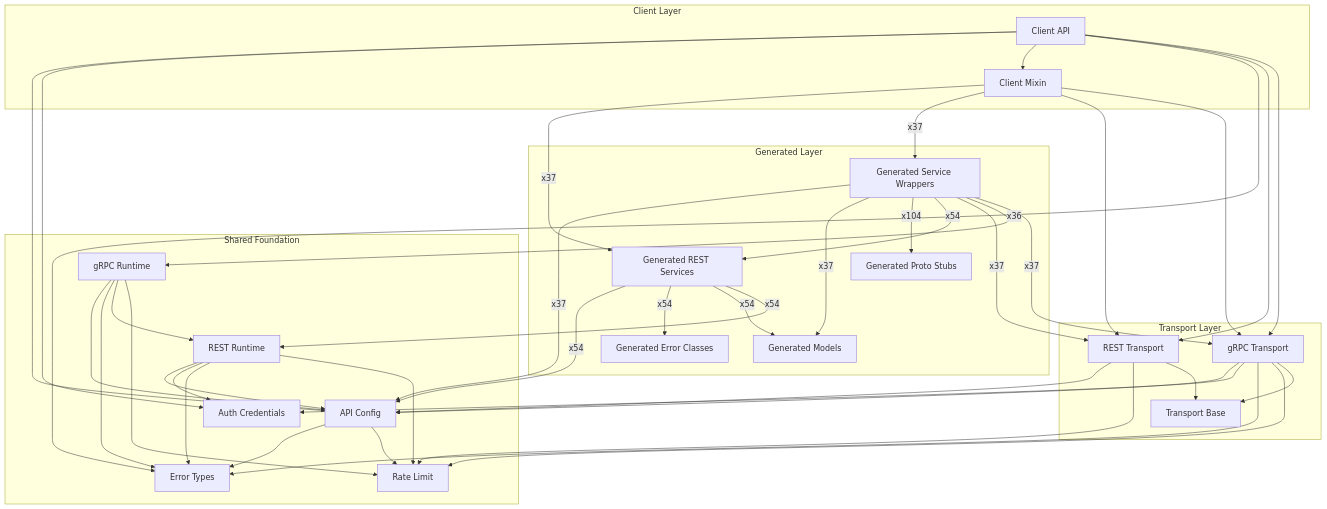
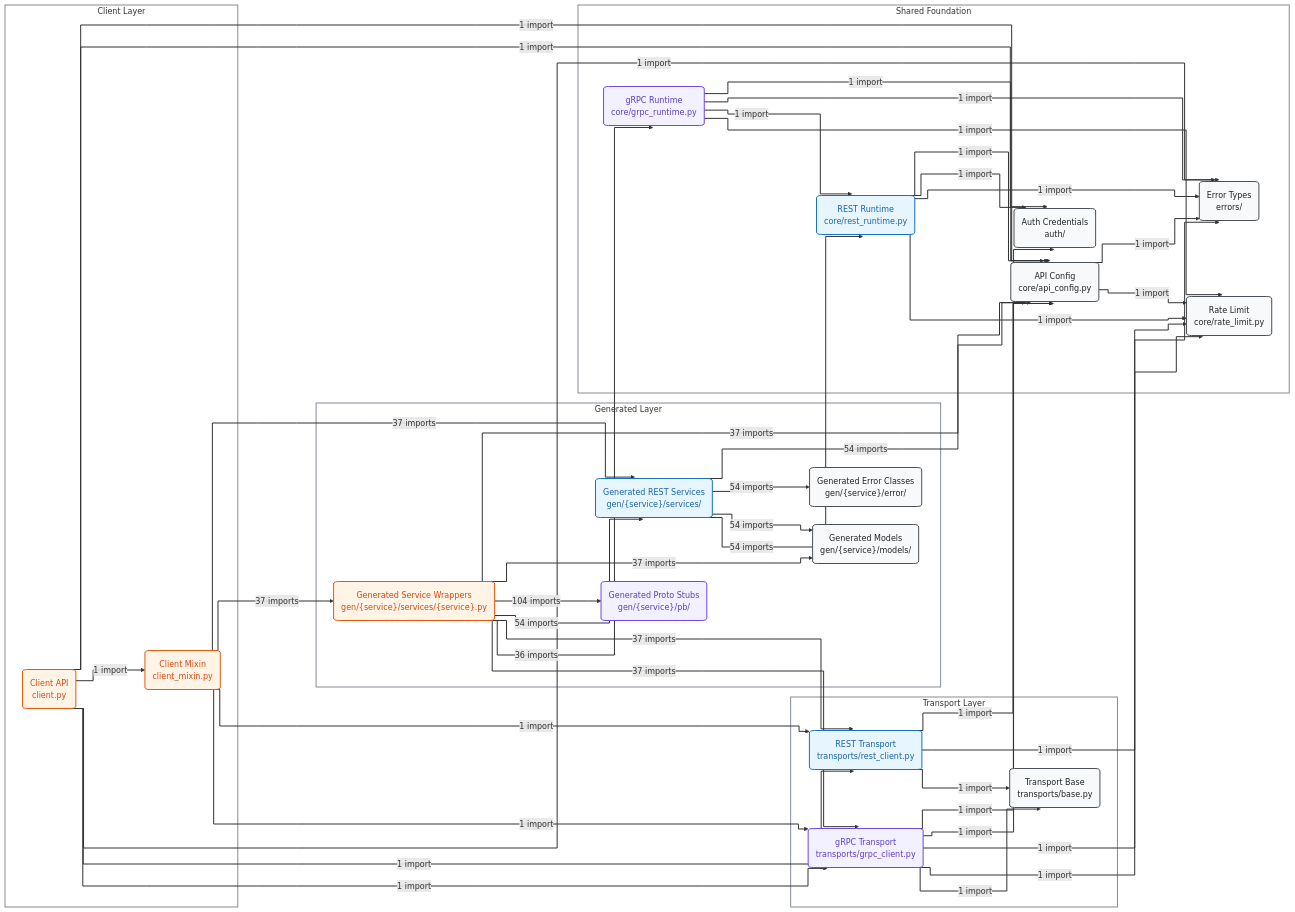
The second of 2 diagrams in docs/sphinx/sdk_runtime_architecture.md (alexdearaujo/community_sdk_python), drawn with Mermaid before and after one commit. The commit also changed other lines of this file and 129 other files, not shown here.

````diff
--- a/docs/sphinx/sdk_runtime_architecture.md
+++ b/docs/sphinx/sdk_runtime_architecture.md
@@ -22,67 +71,79 @@
 ```mermaid
-flowchart TB
+%%{init: {"fontFamily": "ui-monospace, SFMono-Regular, Menlo, monospace", "flowchart": {"curve": "step", "nodeSpacing": 30, "rankSpacing": 70, "wrappingWidth": 400}}}%%
+flowchart LR
     subgraph client["Client Layer"]
-        Client_API["Client API"]
-        Client_Mixin["Client Mixin"]
+        Client_API("Client API<br/>client.py"):::orange
+        Client_Mixin("Client Mixin<br/>client_mixin.py"):::orange
     end
     subgraph generated["Generated Layer"]
-        Generated_Error_Classes["Generated Error Classes"]
-        Generated_Models["Generated Models"]
-        Generated_Proto_Stubs["Generated Proto Stubs"]
-        Generated_REST_Services["Generated REST Services"]
-        Generated_Service_Wrappers["Generated Service Wrappers"]
+        Generated_Error_Classes("Generated Error Classes<br/>gen/{service}/error/"):::hub
+        Generated_Models("Generated Models<br/>gen/{service}/models/"):::hub
+        Generated_Proto_Stubs("Generated Proto Stubs<br/>gen/{service}/pb/"):::violet
+        Generated_REST_Services("Generated REST Services<br/>gen/{service}/services/"):::blue
+        Generated_Service_Wrappers("Generated Service Wrappers<br/>gen/{service}/services/{service}.py"):::orange
     end
     subgraph transport["Transport Layer"]
-        REST_Transport["REST Transport"]
-        Transport_Base["Transport Base"]
-        gRPC_Transport["gRPC Transport"]
+        REST_Transport("REST Transport<br/>transports/rest_client.py"):::blue
+        Transport_Base("Transport Base<br/>transports/base.py"):::hub
+        gRPC_Transport("gRPC Transport<br/>transports/grpc_client.py"):::violet
     end
     subgraph foundation["Shared Foundation"]
-        API_Config["API Config"]
-        Auth_Credentials["Auth Credentials"]
-        Error_Types["Error Types"]
-        REST_Runtime["REST Runtime"]
-        Rate_Limit["Rate Limit"]
-        gRPC_Runtime["gRPC Runtime"]
+        API_Config("API Config<br/>core/api_config.py"):::hub
+        Auth_Credentials("Auth Credentials<br/>auth/"):::hub
+        Error_Types("Error Types<br/>errors/"):::hub
+        REST_Runtime("REST Runtime<br/>core/rest_runtime.py"):::blue
+        Rate_Limit("Rate Limit<br/>core/rate_limit.py"):::hub
+        gRPC_Runtime("gRPC Runtime<br/>core/grpc_runtime.py"):::violet
     end
 
-    API_Config --> Error_Types
-    API_Config --> Rate_Limit
-    Client_API --> API_Config
-    Client_API --> Auth_Credentials
-    Client_API --> Client_Mixin
-    Client_API --> Error_Types
-    Client_API --> REST_Transport
-    Client_API --> gRPC_Transport
-    Client_Mixin -->|"x37"| Generated_REST_Services
-    Client_Mixin -->|"x37"| Generated_Service_Wrappers
-    Client_Mixin --> REST_Transport
-    Client_Mixin --> gRPC_Transport
-    Generated_REST_Services -->|"x54"| API_Config
-    Generated_REST_Services -->|"x54"| Generated_Error_Classes
-    Generated_REST_Services -->|"x54"| Generated_Models
-    Generated_REST_Services -->|"x54"| REST_Runtime
-    Generated_Service_Wrappers -->|"x37"| API_Config
-    Generated_Service_Wrappers -->|"x37"| Generated_Models
-    Generated_Service_Wrappers -->|"x104"| Generated_Proto_Stubs
-    Generated_Service_Wrappers -->|"x54"| Generated_REST_Services
-    Generated_Service_Wrappers -->|"x37"| REST_Transport
-    Generated_Service_Wrappers -->|"x36"| gRPC_Runtime
-    Generated_Service_Wrappers -->|"x37"| gRPC_Transport
-    REST_Runtime --> API_Config
-    REST_Runtime --> Auth_Credentials
-    REST_Runtime --> Error_Types
-    REST_Runtime --> Rate_Limit
-    REST_Transport --> API_Config
-    REST_Transport --> Rate_Limit
-    REST_Transport --> Transport_Base
-    gRPC_Runtime --> API_Config
-    gRPC_Runtime --> Error_Types
-    gRPC_Runtime --> REST_Runtime
-    gRPC_Runtime --> Rate_Limit
-    gRPC_Transport --> API_Config
-    gRPC_Transport --> Auth_Credentials
-    gRPC_Transport --> Error_Types
-    gRPC_Transport --> Rate_Limit
-    gRPC_Transport --> Transport_Base
+    API_Config -->|"1 import"| Error_Types
+    API_Config -->|"1 import"| Rate_Limit
+    Client_API -->|"1 import"| API_Config
+    Client_API -->|"1 import"| Auth_Credentials
+    Client_API -->|"1 import"| Client_Mixin
+    Client_API -->|"1 import"| Error_Types
+    Client_API -->|"1 import"| REST_Transport
+    Client_API -->|"1 import"| gRPC_Transport
+    Client_Mixin -->|"37 imports"| Generated_REST_Services
+    Client_Mixin -->|"37 imports"| Generated_Service_Wrappers
+    Client_Mixin -->|"1 import"| REST_Transport
+    Client_Mixin -->|"1 import"| gRPC_Transport
+    Generated_REST_Services -->|"54 imports"| API_Config
+    Generated_REST_Services -->|"54 imports"| Generated_Error_Classes
+    Generated_REST_Services -->|"54 imports"| Generated_Models
+    Generated_REST_Services -->|"54 imports"| REST_Runtime
+    Generated_Service_Wrappers -->|"37 imports"| API_Config
+    Generated_Service_Wrappers -->|"37 imports"| Generated_Models
+    Generated_Service_Wrappers -->|"104 imports"| Generated_Proto_Stubs
+    Generated_Service_Wrappers -->|"54 imports"| Generated_REST_Services
+    Generated_Service_Wrappers -->|"37 imports"| REST_Transport
+    Generated_Service_Wrappers -->|"36 imports"| gRPC_Runtime
+    Generated_Service_Wrappers -->|"37 imports"| gRPC_Transport
+    REST_Runtime -->|"1 import"| API_Config
+    REST_Runtime -->|"1 import"| Auth_Credentials
+    REST_Runtime -->|"1 import"| Error_Types
+    REST_Runtime -->|"1 import"| Rate_Limit
+    REST_Transport -->|"1 import"| API_Config
+    REST_Transport -->|"1 import"| Rate_Limit
+    REST_Transport -->|"1 import"| Transport_Base
+    gRPC_Runtime -->|"1 import"| API_Config
+    gRPC_Runtime -->|"1 import"| Error_Types
+    gRPC_Runtime -->|"1 import"| REST_Runtime
+    gRPC_Runtime -->|"1 import"| Rate_Limit
+    gRPC_Transport -->|"1 import"| API_Config
+    gRPC_Transport -->|"1 import"| Auth_Credentials
+    gRPC_Transport -->|"1 import"| Error_Types
+    gRPC_Transport -->|"1 import"| Rate_Limit
+    gRPC_Transport -->|"1 import"| Transport_Base
+
+    classDef blue fill:#e7f5ff,stroke:#1971c2,color:#1864ab
+    classDef hub fill:#f8f9fa,stroke:#495057,color:#212529
+    classDef orange fill:#fff4e6,stroke:#e8590c,color:#d9480f
+    classDef violet fill:#f3f0ff,stroke:#7048e8,color:#5f3dc4
+    classDef blue,hub,orange,violet stroke-width:2px,rx:10px
+    style client fill:none,stroke:#868e96,stroke-width:2px
+    style generated fill:none,stroke:#868e96,stroke-width:2px
+    style transport fill:none,stroke:#868e96,stroke-width:2px
+    style foundation fill:none,stroke:#868e96,stroke-width:2px
+    linkStyle default stroke-width:2px,stroke-linecap:round,stroke-linejoin:round
 ```
````
